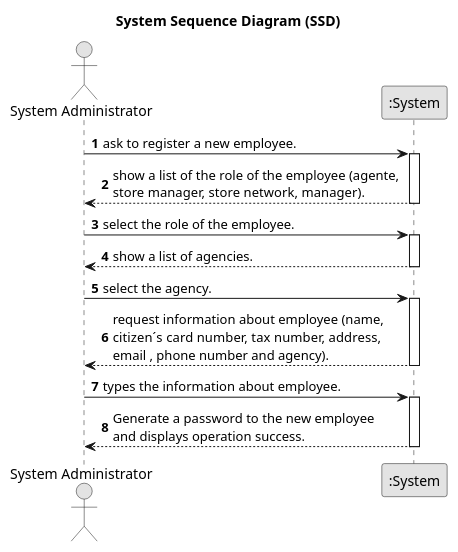
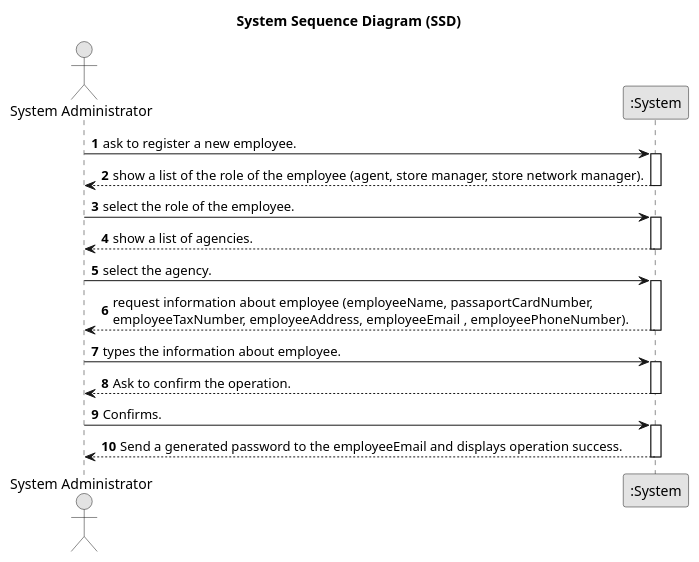
The diagram in docs/sprintB/us003/01.requirements-engineering/puml/us003-system-sequence-diagram.puml (1220812/LAPR2), drawn with PlantUML before and after one commit. The commit also changed 1 other file, not shown here.

Commit message:
US003 system sequence diagram updated

```diff
--- a/docs/sprintB/us003/01.requirements-engineering/puml/us003-system-sequence-diagram.puml
+++ b/docs/sprintB/us003/01.requirements-engineering/puml/us003-system-sequence-diagram.puml
@@ -1,37 +1,44 @@
 @startuml
 skinparam monochrome true
 skinparam packageStyle rectangle
 skinparam shadowing false
 
 title System Sequence Diagram (SSD)
 
 autonumber
 
 actor "System Administrator" as Employee
 participant ":System" as System
 
     Employee -> System : ask to register a new employee.
     activate System
 
-        System --> Employee : show a list of the role of the employee (agente, \nstore manager, store network, manager).
+        System --> Employee : show a list of the role of the employee (agent, store manager, store network manager).
 
     deactivate System
 
     Employee -> System : select the role of the employee.
     activate System
 
     System --> Employee : show a list of agencies.
        deactivate System
 
         Employee -> System : select the agency.
         activate System
 
-        System --> Employee : request information about employee (name, \ncitizen´s card number, tax number, address, \nemail , phone number and agency).
+        System --> Employee : request information about employee (employeeName, passaportCardNumber, \nemployeeTaxNumber, employeeAddress, employeeEmail , employeePhoneNumber).
     deactivate System
 
     Employee -> System : types the information about employee.
     activate System
 
-    System --> Employee : Generate a password to the new employee \nand displays operation success.
+    System --> Employee : Ask to confirm the operation.
+           deactivate System
+
+            Employee -> System : Confirms.
+            activate System
+
+    System --> Employee : Send a generated password to the employeeEmail and displays operation success.
             deactivate System
+
 @enduml
```
